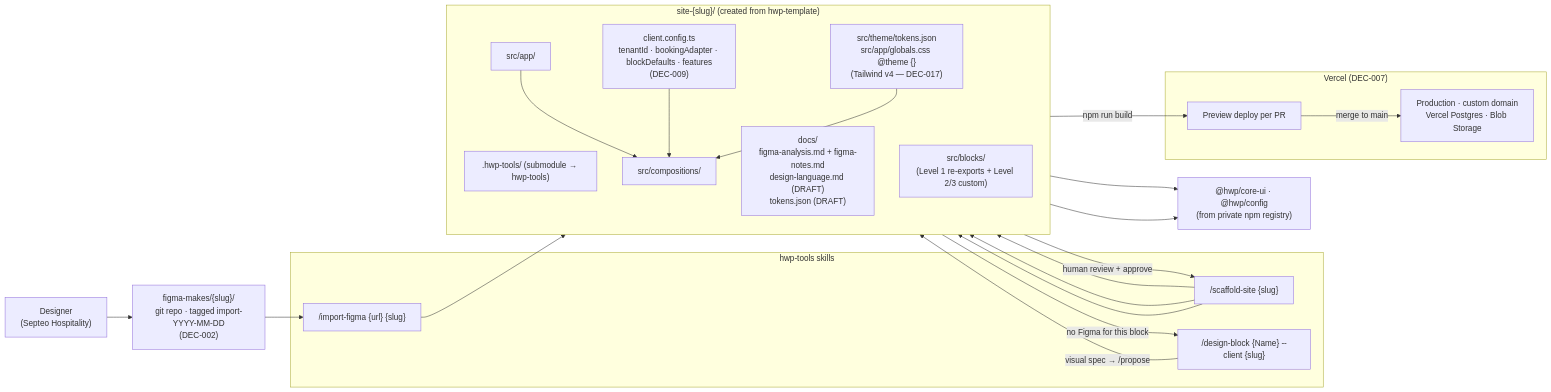
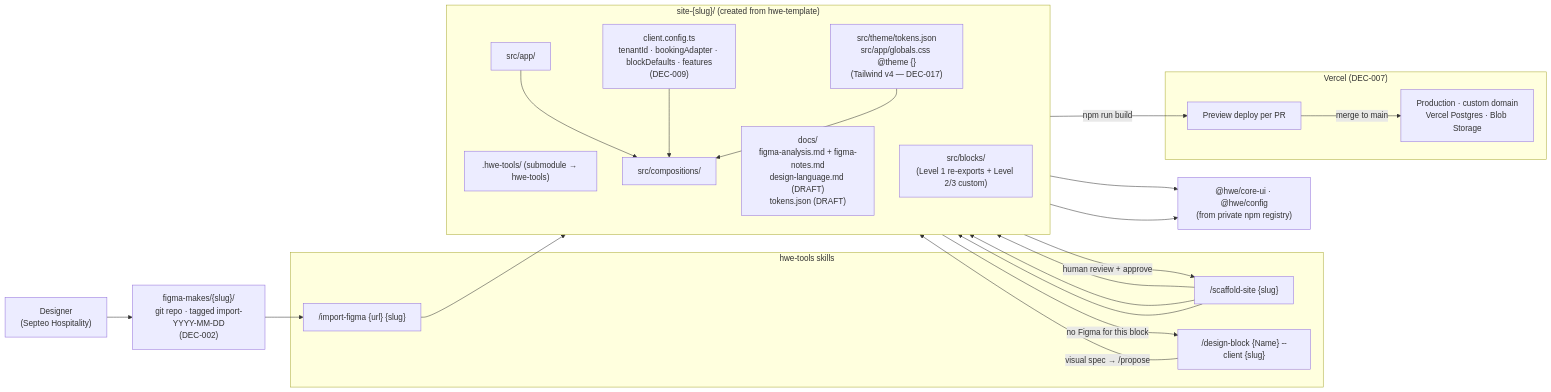
One commit to AD-Web-Headless-IA/hwe-tools changed the diagram in docs/diagrams/figma-to-production.md. Above: the diagram before and after it, drawn with Mermaid. The commit also changed other lines of this file and 90 other files, not shown here.

Commit message:
modificadas referencias de hwp a hwe

````diff
--- a/docs/diagrams/figma-to-production.md
+++ b/docs/diagrams/figma-to-production.md
@@ -5,45 +5,45 @@
 ```mermaid
 flowchart LR
   designer["Designer\n(Septeo Hospitality)"]
   figma_repo["figma-makes/{slug}/\ngit repo · tagged import-YYYY-MM-DD\n(DEC-002)"]
 
-  subgraph tools_work["hwp-tools skills"]
+  subgraph tools_work["hwe-tools skills"]
     import_skill["/import-figma {url} {slug}"]
     scaffold_skill["/scaffold-site {slug}"]
     design_skill["/design-block {Name} --client {slug}"]
   end
 
-  subgraph client_repo["site-{slug}/  (created from hwp-template)"]
+  subgraph client_repo["site-{slug}/  (created from hwe-template)"]
     direction TB
-    submodule[".hwp-tools/ (submodule → hwp-tools)"]
+    submodule[".hwe-tools/ (submodule → hwe-tools)"]
     client_docs["docs/\nfigma-analysis.md + figma-notes.md\ndesign-language.md (DRAFT)\ntokens.json (DRAFT)"]
     client_config["client.config.ts\ntenantId · bookingAdapter · blockDefaults · features\n(DEC-009)"]
     theme["src/theme/tokens.json\nsrc/app/globals.css @theme {}\n(Tailwind v4 — DEC-017)"]
     compositions["src/compositions/"]
     blocks["src/blocks/\n(Level 1 re-exports + Level 2/3 custom)"]
     routes["src/app/"]
   end
 
-  npm_pkg["@hwp/core-ui · @hwp/config\n(from private npm registry)"]
+  npm_pkg["@hwe/core-ui · @hwe/config\n(from private npm registry)"]
 
   subgraph deploy["Vercel (DEC-007)"]
     preview["Preview deploy per PR"]
     prod["Production · custom domain\nVercel Postgres · Blob Storage"]
   end
 
   designer --> figma_repo
   figma_repo --> import_skill
   import_skill --> client_docs
   client_docs -- "human review + approve" --> scaffold_skill
   scaffold_skill --> blocks
   scaffold_skill --> theme
   scaffold_skill --> client_config
   client_docs -- "no Figma for this block" --> design_skill
   design_skill -- "visual spec → /propose" --> blocks
   blocks & compositions --> npm_pkg
   routes --> compositions
   client_config --> compositions
   theme --> compositions
   routes -- "npm run build" --> preview
   preview -- "merge to main" --> prod
 ```
````
